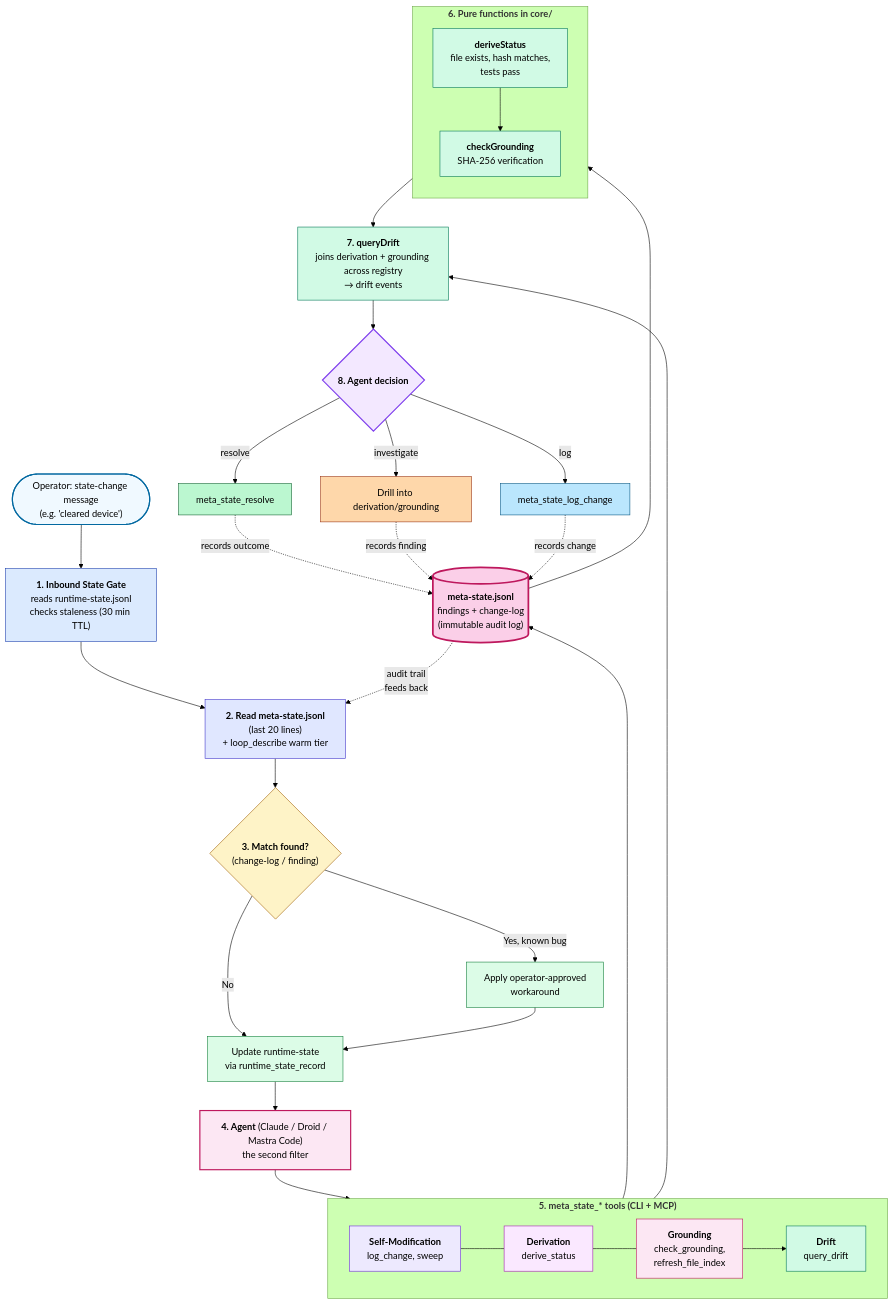
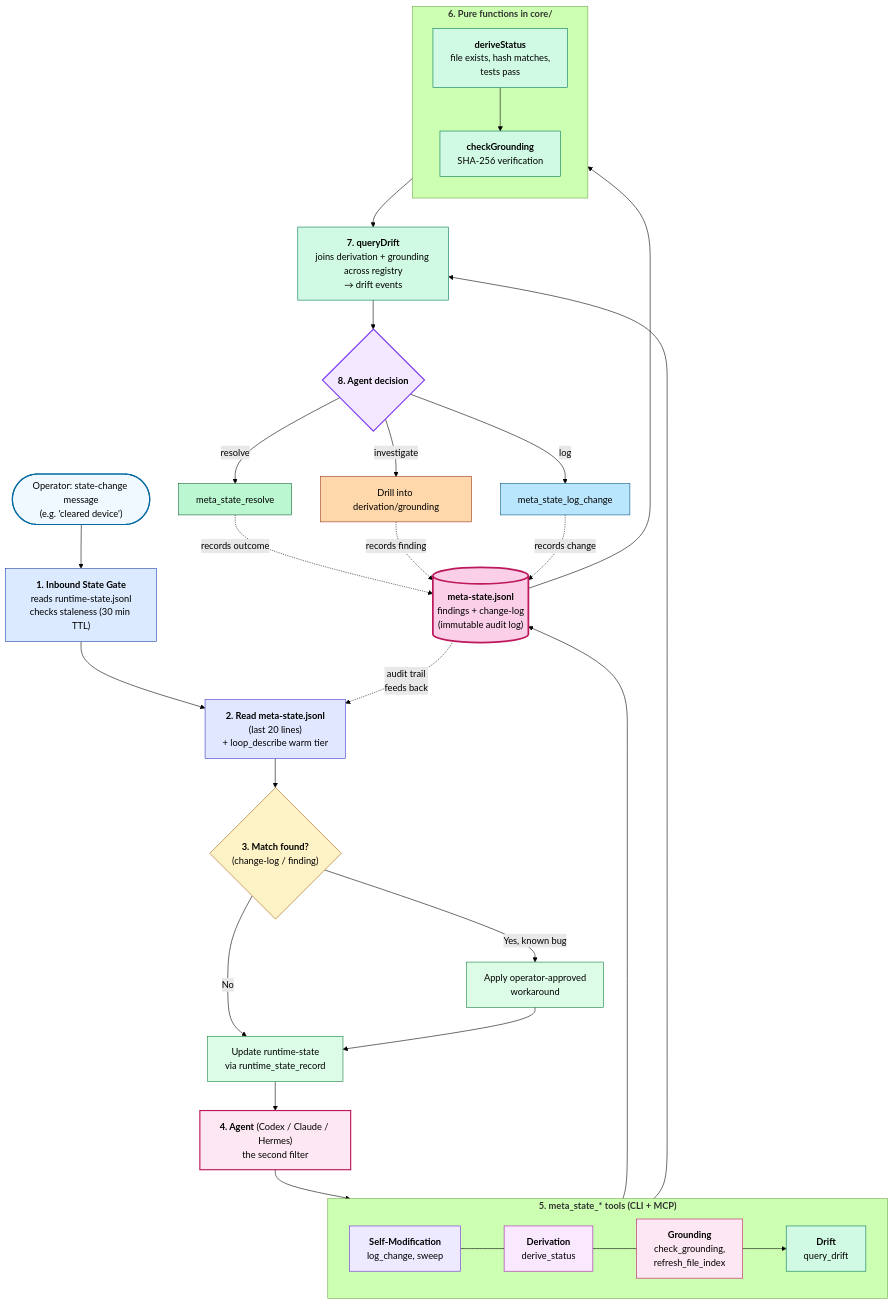
Before and after one commit to dat9uy/learning-loop-template: the diagram in docs/architecture.md, drawn with Mermaid (forest theme). The commit also changed other lines of this file and 144 other files, not shown here.

````diff
--- a/docs/architecture.md
+++ b/docs/architecture.md
@@ -391,58 +389,58 @@
 ```mermaid
 flowchart TD
     Operator(["Operator: state-change message<br/>(e.g. 'cleared device')"]):::trigger --> S1
     S1["<b>1. Inbound State Gate</b><br/>reads runtime-state.jsonl<br/>checks staleness (30 min TTL)"]:::gate --> S2
     S2["<b>2. Read meta-state.jsonl</b><br/>(last 20 lines)<br/>+ loop_describe warm tier"]:::read --> S3
     S3{"<b>3. Match found?</b><br/>(change-log / finding)"}:::scan
     S3 -->|Yes, known bug| S3a["Apply operator-approved<br/>workaround"]:::apply
     S3 -->|No| S3b["Update runtime-state<br/>via runtime_state_record"]:::update
     S3a --> S3b
     S3b --> S4
-    S4["<b>4. Agent</b> (Claude / Droid / Mastra Code)<br/>the second filter"]:::agent --> S5
+    S4["<b>4. Agent</b> (Codex / Claude / Hermes)<br/>the second filter"]:::agent --> S5
     subgraph S5["<b>5. meta_state_* tools (CLI + MCP)</b>"]
         direction LR
         T_SP0["<b>Self-Modification</b><br/>log_change, sweep"]:::sp0
         T_SP1["<b>Derivation</b><br/>derive_status"]:::sp1
         T_SP2["<b>Grounding</b><br/>check_grounding,<br/>refresh_file_index"]:::sp2
         T_SP3["<b>Drift</b><br/>query_drift"]:::sp3
         T_SP0 --- T_SP1 --- T_SP2 --> T_SP3
     end
     S5 --> Registry
     Registry[("<b>meta-state.jsonl</b><br/>findings + change-log<br/>(immutable audit log)")]:::registry
     subgraph S6["<b>6. Pure functions in core/</b>"]
         direction TB
         S6a["<b>deriveStatus</b><br/>file exists, hash matches,<br/>tests pass"]:::purefn
         S6b["<b>checkGrounding</b><br/>SHA-256 verification"]:::purefn
         S6a --> S6b
     end
     Registry --> S6
     S6 --> S7
     S7["<b>7. queryDrift</b><br/>joins derivation + grounding across registry<br/>→ drift events"]:::purefn
     S5 --> S7
     S7 --> S8
     S8{"<b>8. Agent decision</b>"}:::decision
     S8 -->|resolve| S8a["meta_state_resolve"]:::resolve
     S8 -->|investigate| S8b["Drill into derivation/grounding"]:::investigate
     S8 -->|log| S8c["meta_state_log_change"]:::log
     S8a -.->|records outcome| Registry
     S8b -.->|records finding| Registry
     S8c -.->|records change| Registry
     Registry -.->|audit trail<br/>feeds back| S2
     classDef trigger fill:#f0f9ff,stroke:#0369a1,stroke-width:2px
     classDef gate fill:#dbeafe,stroke:#1e40af
     classDef read fill:#e0e7ff,stroke:#4338ca
     classDef scan fill:#fef3c7,stroke:#a16207
     classDef apply fill:#dcfce7,stroke:#15803d
     classDef update fill:#dcfce7,stroke:#15803d
     classDef agent fill:#fce7f3,stroke:#be185d,stroke-width:2px
     classDef sp0 fill:#ede9fe,stroke:#6d28d9
     classDef sp1 fill:#fae8ff,stroke:#a21caf
     classDef sp2 fill:#fce7f3,stroke:#be185d
     classDef sp3 fill:#d1fae5,stroke:#047857
     classDef registry fill:#fbcfe8,stroke:#be185d,stroke-width:3px
     classDef purefn fill:#d1fae5,stroke:#047857
     classDef decision fill:#f3e8ff,stroke:#7c3aed,stroke-width:2px
     classDef resolve fill:#bbf7d0,stroke:#166534
     classDef investigate fill:#fed7aa,stroke:#9a3412
     classDef log fill:#bae6fd,stroke:#075985
 ```
````
